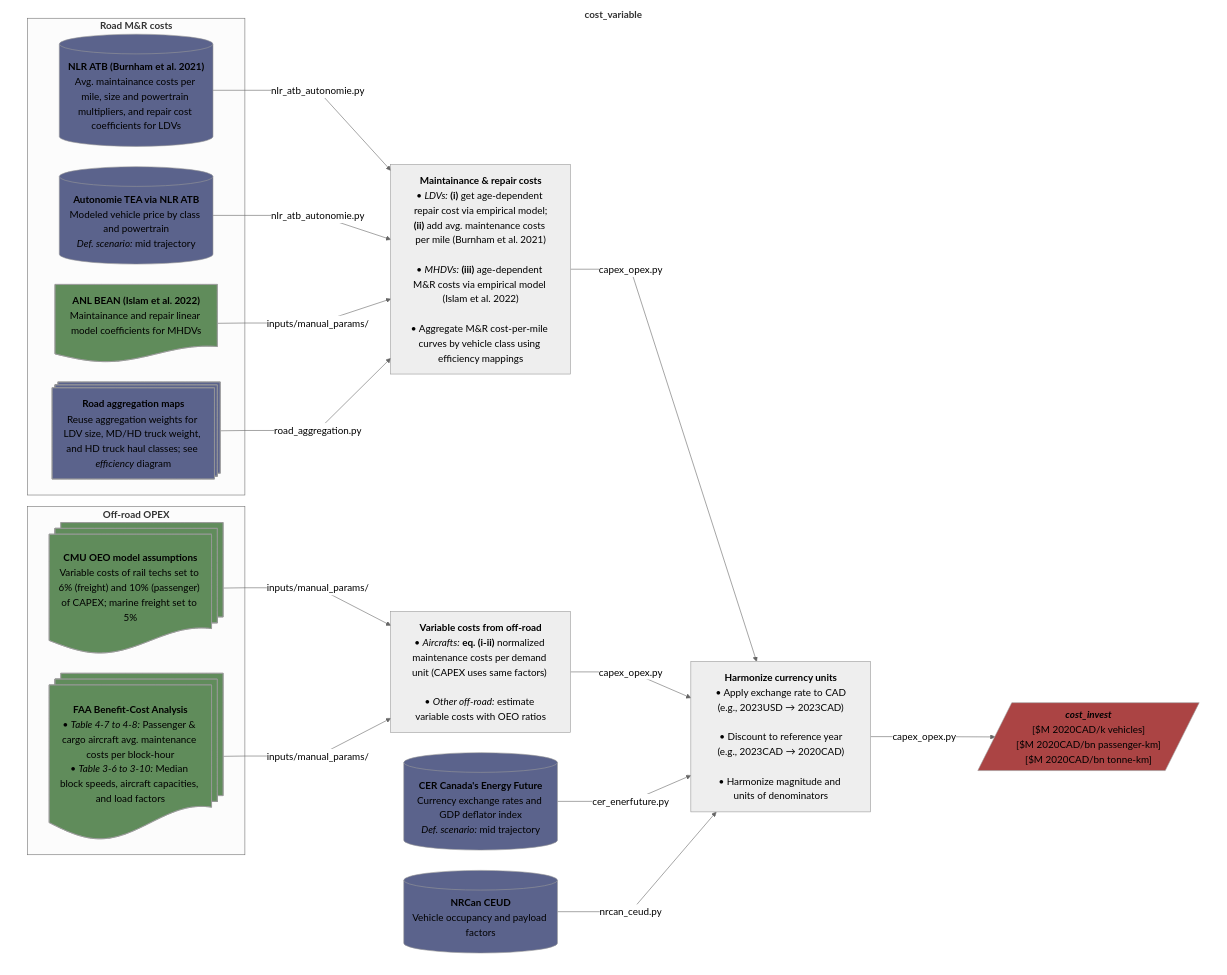
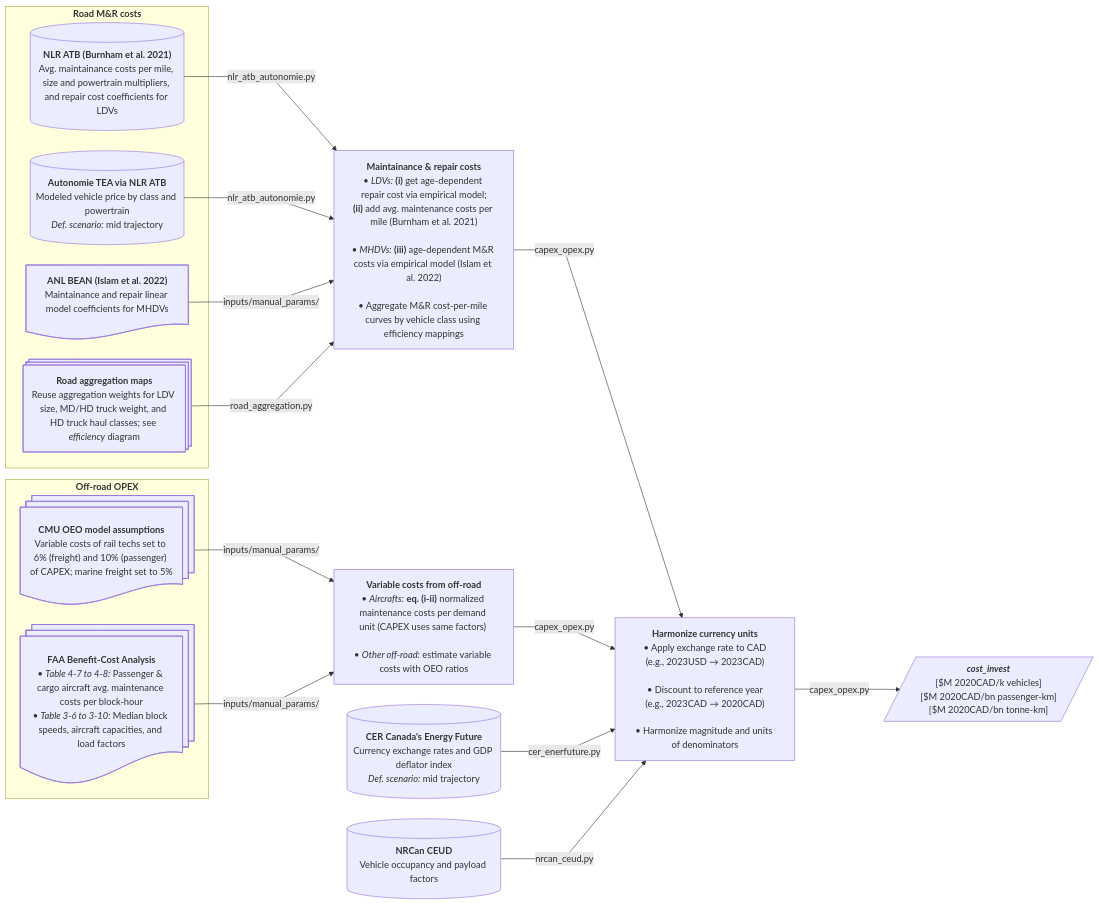
The ninth of 9 diagrams in README.md (CANOE-main/canoe-transportation), drawn with Mermaid before and after one commit. The commit also changed other lines of this file, not shown here.

Commit message:
Finally fixed flowchart color rendering. - removed any custom color rules and left themes by default. This fixes color rendering mismatches.

````diff
--- a/README.md
+++ b/README.md
@@ -671,72 +559,56 @@
 ```mermaid
 ---
 config:
   layout: dagre
-  theme: neutral
-  themeVariables:
-    fontSize: 17px
   flowchart:
     nodeSpacing: 35
     rankSpacing: 50
     wrappingWidth: 250
     curve: linear
 ---
 flowchart LR
-  subgraph canvas["`**cost_variable**`"]
-  direction LR
   subgraph offroad["`**Off-road OPEX**`"]
 	  %% --- Sources ---
 	  s7@{shape: docs, label: "**CMU OEO model assumptions**<br>Variable costs of rail techs set to 6% (freight) and 10% (passenger) of CAPEX; marine freight set to 5%"}
 	  s8@{shape: docs, label: "**FAA Benefit-Cost Analysis**<br>• *Table 4-7 to 4-8:* Passenger & cargo aircraft avg. maintenance costs per block-hour<br>• *Table 3-6 to 3-10:* Median block speeds, aircraft capacities, and load factors"}
   end
 	  
   %% --- Processes ---
   p3["`**Variable costs from off-road**<br>• *Aircrafts:* **eq. (i-ii)** normalized maintenance costs per demand unit (CAPEX uses same factors) <br><br>• *Other off-road:* estimate variable costs with OEO ratios`"]
   s7 & s8 -- inputs/manual_params/ --> p3
   
   subgraph road["`**Road M&R costs**`"]
 	  %% --- Sources ---
 	  s1@{shape: processes, label: "**Road aggregation maps**<br>Reuse aggregation weights for LDV size, MD/HD truck weight, and HD truck haul classes; see *efficiency* diagram"}
 	  s2[("`**NLR ATB (Burnham et al. 2021)**<br>Avg. maintainance costs per mile, size and powertrain multipliers, and repair cost coefficients for LDVs`")]
 	  s3@{shape: doc, label: "**ANL BEAN (Islam et al. 2022)**<br>Maintainance and repair linear model coefficients for MHDVs"}
 	  s4[("`**Autonomie TEA via NLR ATB**<br>Modeled vehicle price by class and powertrain<br>*Def. scenario:* mid trajectory`")]
   end
 	  
   %% --- Processes ---
   p2["`**Maintainance & repair costs**<br>• *LDVs:* **(i)** get age-dependent repair cost via empirical model;<br>**(ii)** add avg. maintenance costs per mile (Burnham et al. 2021)<br><br>• *MHDVs:* **(iii)** age-dependent M&R costs via empirical model (Islam et al. 2022)<br><br>• Aggregate M&R cost-per-mile curves by vehicle class using efficiency mappings`"]
   s2 -- nlr_atb_autonomie.py --> p2
   s4 -- nlr_atb_autonomie.py --> p2
   s3 -- inputs/manual_params/ --> p2
   s1 -- road_aggregation.py --> p2
   
   s0[("`**CER Canada's Energy Future**<br>Currency exchange rates and GDP deflator index<br>*Def. scenario:* mid trajectory`")]
   s9[("`**NRCan CEUD**<br>Vehicle occupancy and payload factors`")]
   p4["`**Harmonize currency units**<br>• Apply exchange rate to CAD<br>(e.g., 2023USD → 2023CAD)<br><br>• Discount to reference year<br>(e.g., 2023CAD → 2020CAD)<br><br>• Harmonize magnitude and units of denominators`"]
   p2 -- capex_opex.py --> p4
   p3 -- capex_opex.py --> p4
   s0 -- cer_enerfuture.py --> p4
   s9 -- nrcan_ceud.py --> p4
 
   p4 -- capex_opex.py --> o1[/"`***cost_invest***<br>[$M 2020CAD/k vehicles]<br>[$M 2020CAD/bn passenger-km]<br>[$M 2020CAD/bn tonne-km]`"/]
-  end
-
-  %% --- Styling ---
-  style canvas fill:#ffffff,stroke:#ffffff
-  classDef database fill:#5b638c
-  classDef doc fill:#608c5b
-  classDef output fill:#ab4444
-
-  class s0,s1,s2,s4,s9 database;
-  class s7,s8,s3 doc;
-  class o1 output;
 
   %% --- Hyperlinks ---
   click s9 "https://oee.nrcan.gc.ca/corporate/statistics/neud/dpa/menus/trends/comprehensive_tables/list.cfm"
   click s8 "https://www.faa.gov/regulations_policies/policy_guidance/benefit_cost"
   click s7 "https://github.com/TemoaProject/oeo/blob/master/database_documentation/TransportationSector.ipynb"
   click s2 "https://atb.nlr.gov/transportation/2024/data"
   click s2_2 "https://anl.app.box.com/s/an4nx0v2xpudxtpsnkhd5peimzu4j1hk/folder/242640145714"
   click s0 "https://open.canada.ca/data/en/dataset/07c42deb-9435-43b9-a416-7ce316f3893d"
   click s3 "https://vms.taps.anl.gov/research-highlights/vehicle-technologies/u-s-doe-vto-hfto-r-d-benefits/"
   click s4 "https://vms.taps.anl.gov/research-highlights/vehicle-technologies/u-s-doe-vto-hfto-r-d-benefits/"
 ```
````
